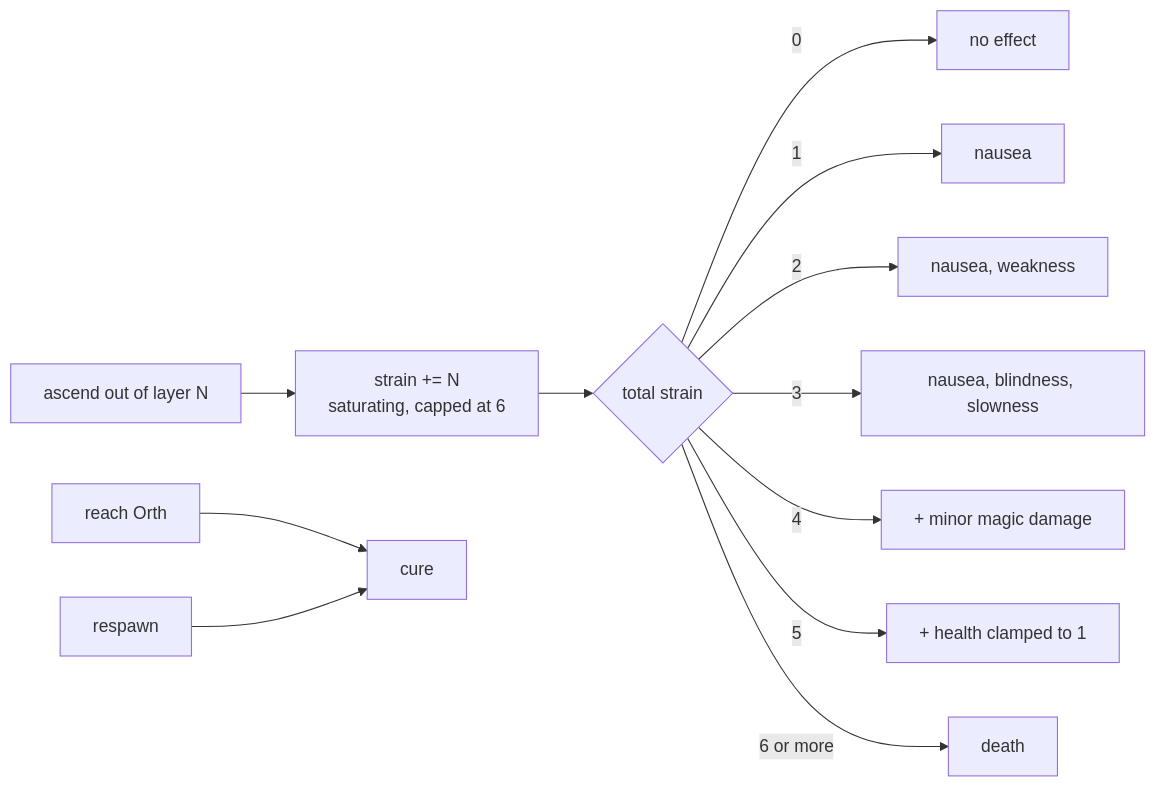
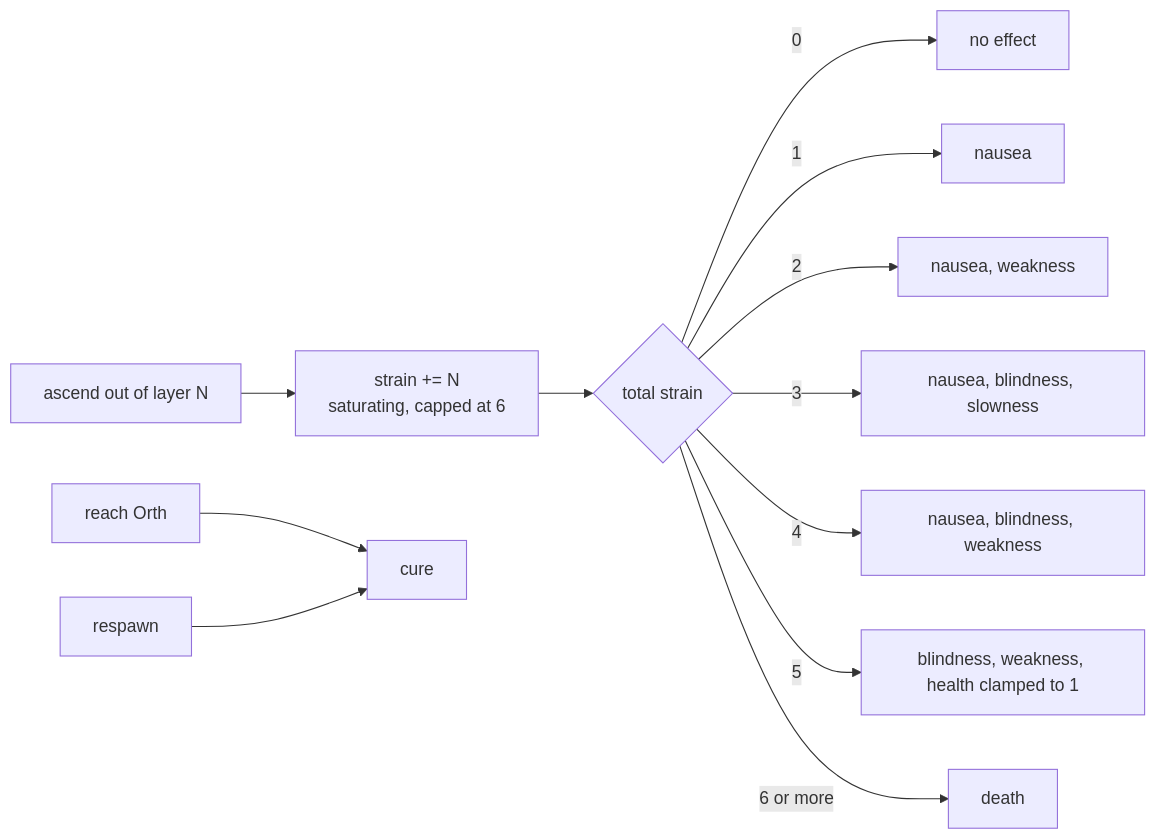
One commit to XodiumSoftware/mine-in-abyss changed the seventh of 7 diagrams in ARCHITECTURE.md. Above: the diagram before and after it, drawn with Mermaid. The commit also changed 2 other files, not shown here.

Commit message:
Stop the Curse from dealing damage
Strain tiers 4 and 5 only applied status effects and then took health away, which duplicated what the effects already made unpleasant. They now apply their symptoms alone. Tier 5 keeps clamping health to half a heart, so the step below the fatal tier still hurts without killing.

````diff
--- a/ARCHITECTURE.md
+++ b/ARCHITECTURE.md
@@ -320,14 +320,14 @@
 ```mermaid
 graph LR
     A["ascend out of layer N"] --> B["strain += N<br/>saturating, capped at 6"]
     B --> C{"total strain"}
     C -->|0| D["no effect"]
     C -->|1| E["nausea"]
     C -->|2| F["nausea, weakness"]
     C -->|3| G["nausea, blindness, slowness"]
-    C -->|4| H["+ minor magic damage"]
-    C -->|5| I["+ health clamped to 1"]
+    C -->|4| H["nausea, blindness, weakness"]
+    C -->|5| I["blindness, weakness, health clamped to 1"]
     C -->|6 or more| J["death"]
     K["reach Orth"] --> L["cure"]
     M["respawn"] --> L
 ```
````
